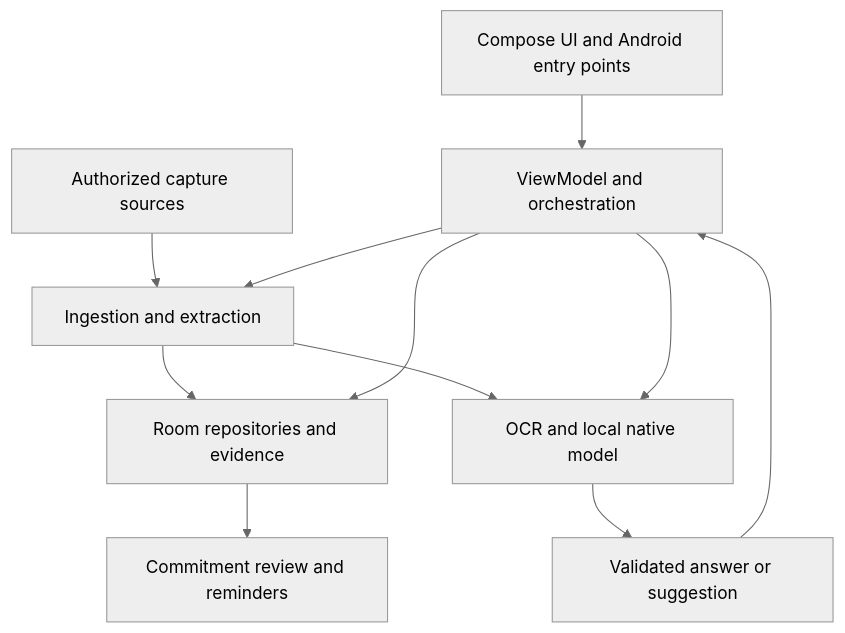
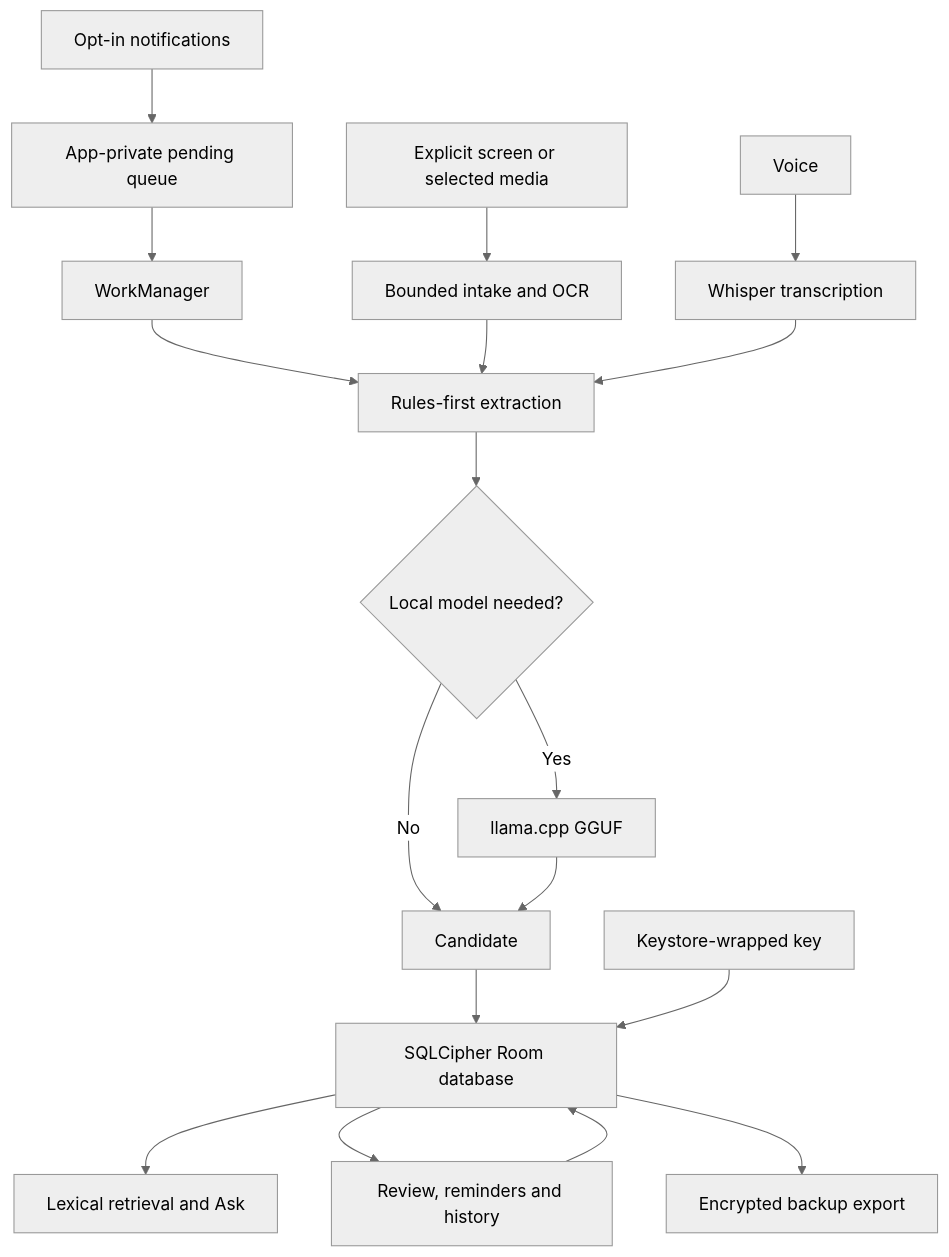
The first of 2 diagrams in docs/ARCHITECTURE.md (priyanshuchawda/retenqo-enterprise), drawn with Mermaid (neutral theme) before and after one commit. The commit also changed other lines of this file and 29 other files, not shown here.

````diff
--- a/docs/ARCHITECTURE.md
+++ b/docs/ARCHITECTURE.md
@@ -5,13 +5,20 @@
 ```mermaid
 flowchart TD
-    A[Compose UI and Android entry points] --> B[ViewModel and orchestration]
-    C[Authorized capture sources] --> D[Ingestion and extraction]
-    B --> D
-    D --> E[Room repositories and evidence]
-    D --> F[OCR and local native model]
-    B --> E
-    B --> F
-    E --> G[Commitment review and reminders]
-    F --> H[Validated answer or suggestion]
-    H --> B
+ N[Opt-in notifications] --> Q[App-private pending queue]
+ Q --> W[WorkManager]
+ S[Explicit screen or selected media] --> P[Bounded intake and OCR]
+ V[Voice] --> T[Whisper transcription]
+ W --> R[Rules-first extraction]
+ P --> R
+ T --> R
+ R --> M{Local model needed?}
+ M -->|Yes| L[llama.cpp GGUF]
+ M -->|No| C[Candidate]
+ L --> C
+ C --> D[SQLCipher Room database]
+ K[Keystore-wrapped key] --> D
+ D --> A[Lexical retrieval and Ask]
+ D --> F[Review, reminders and history]
+ F --> D
+ D --> B[Encrypted backup export]
 ```
````
